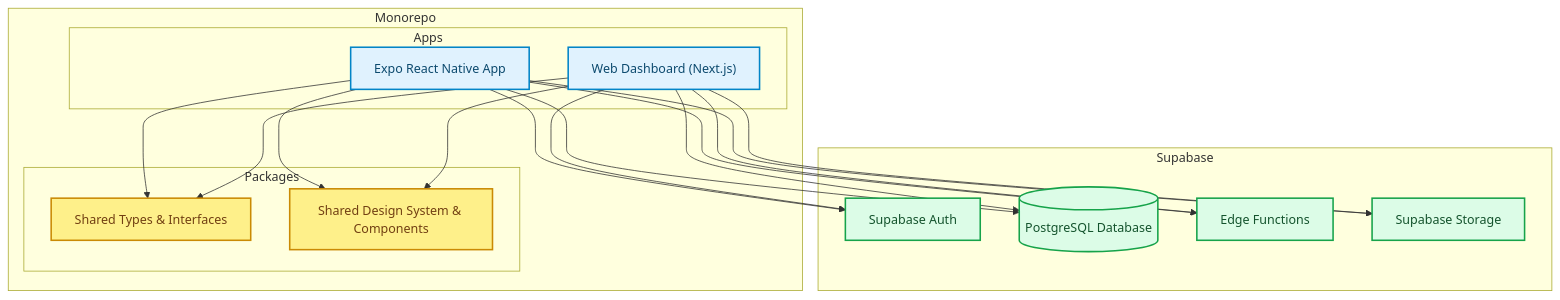
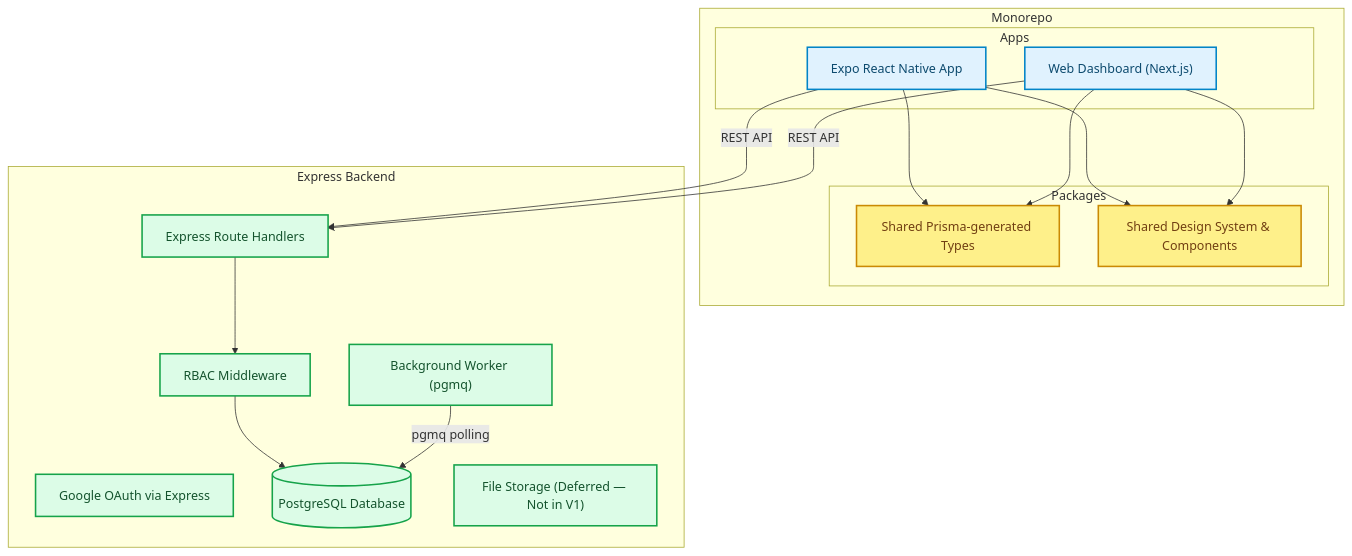
Before and after one commit to sohamdhande/nst-events-docs: the diagram in docs/diagrams/20-development-architecture.md, drawn with Mermaid. The commit also changed 77 other files, not shown here.

````diff
--- a/docs/diagrams/20-development-architecture.md
+++ b/docs/diagrams/20-development-architecture.md
@@ -5,47 +5,45 @@
 ```mermaid
 graph TD
     subgraph Monorepo
         subgraph Apps
             Expo["Expo React Native App"]
             NextJS["Web Dashboard (Next.js)"]
         end
-        
+
         subgraph Packages
-            Types["Shared Types & Interfaces"]
+            Types["Shared Prisma-generated Types"]
             UI["Shared Design System & Components"]
         end
     end
-    
-    subgraph Supabase
-        Auth["Supabase Auth"]
+
+    subgraph Express Backend
+        Auth["Google OAuth via Express"]
+        RBAC["RBAC Middleware"]
+        Routes["Express Route Handlers"]
+        Worker["Background Worker (pgmq)"]
         DB[("PostgreSQL Database")]
-        Functions["Edge Functions"]
-        Storage["Supabase Storage"]
+        Storage["File Storage (Deferred — Not in V1)"]
     end
-    
+
     Expo --> Types
     NextJS --> Types
-    
+
     Expo --> UI
     NextJS --> UI
-    
-    Expo --> Auth
-    NextJS --> Auth
-    
-    Expo --> DB
-    NextJS --> DB
-    
-    Expo --> Functions
-    NextJS --> Functions
-    
-    Expo --> Storage
-    NextJS --> Storage
-    
+
+    Expo -->|REST API| Routes
+    NextJS -->|REST API| Routes
+
+    Routes --> RBAC
+    RBAC --> DB
+
+    Worker -->|pgmq polling| DB
+
     classDef app fill:#e0f2fe,stroke:#0284c7,stroke-width:2px,color:#0c4a6e;
     classDef pkg fill:#fef08a,stroke:#ca8a04,stroke-width:2px,color:#713f12;
     classDef sba fill:#dcfce7,stroke:#16a34a,stroke-width:2px,color:#14532d;
-    
+
     class Expo,NextJS app;
     class Types,UI pkg;
-    class Auth,DB,Functions,Storage sba;
+    class Auth,RBAC,Routes,Worker,DB,Storage sba;
 ```
````
